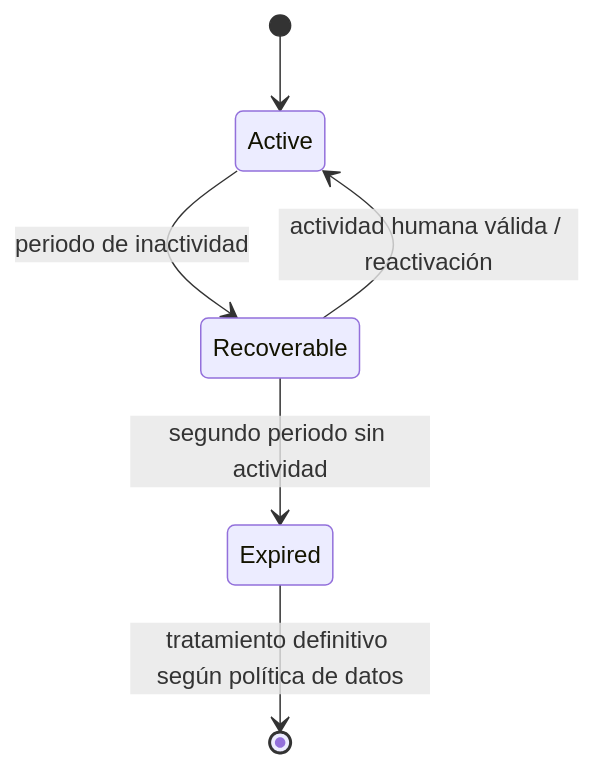
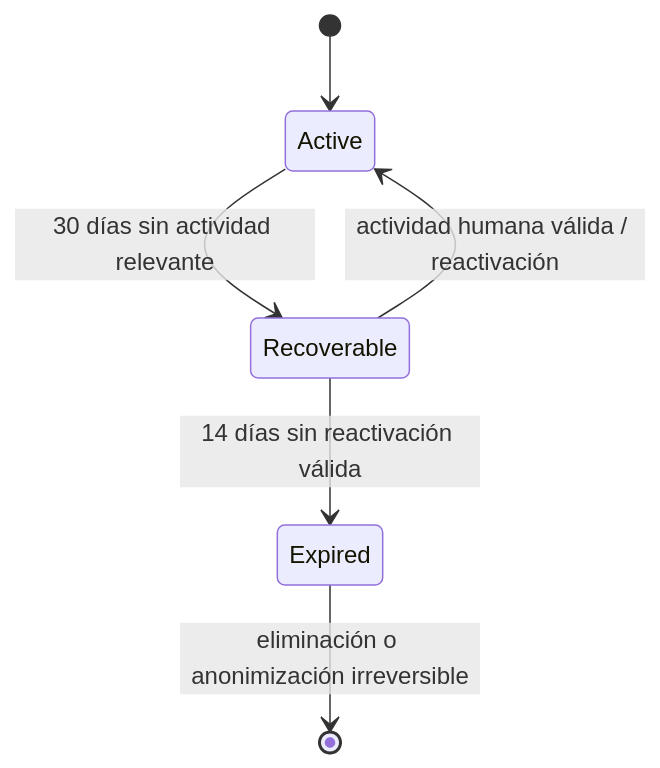
One commit to franciscoferrandez/SynqoApp changed the first of 3 diagrams in synqo-documentation-v0.2/product/08-lifecycles.md. Above: the diagram before and after it, drawn with Mermaid. The commit also changed other lines of this file and 102 other files, not shown here.

````diff
--- a/synqo-documentation-v0.2/product/08-lifecycles.md
+++ b/synqo-documentation-v0.2/product/08-lifecycles.md
@@ -5,8 +5,8 @@
 ```mermaid
 stateDiagram-v2
     [*] --> Active
-    Active --> Recoverable: periodo de inactividad
+    Active --> Recoverable: 30 días sin actividad relevante
     Recoverable --> Active: actividad humana válida / reactivación
-    Recoverable --> Expired: segundo periodo sin actividad
-    Expired --> [*]: tratamiento definitivo según política de datos
+    Recoverable --> Expired: 14 días sin reactivación válida
+    Expired --> [*]: eliminación o anonimización irreversible
 ```
````
